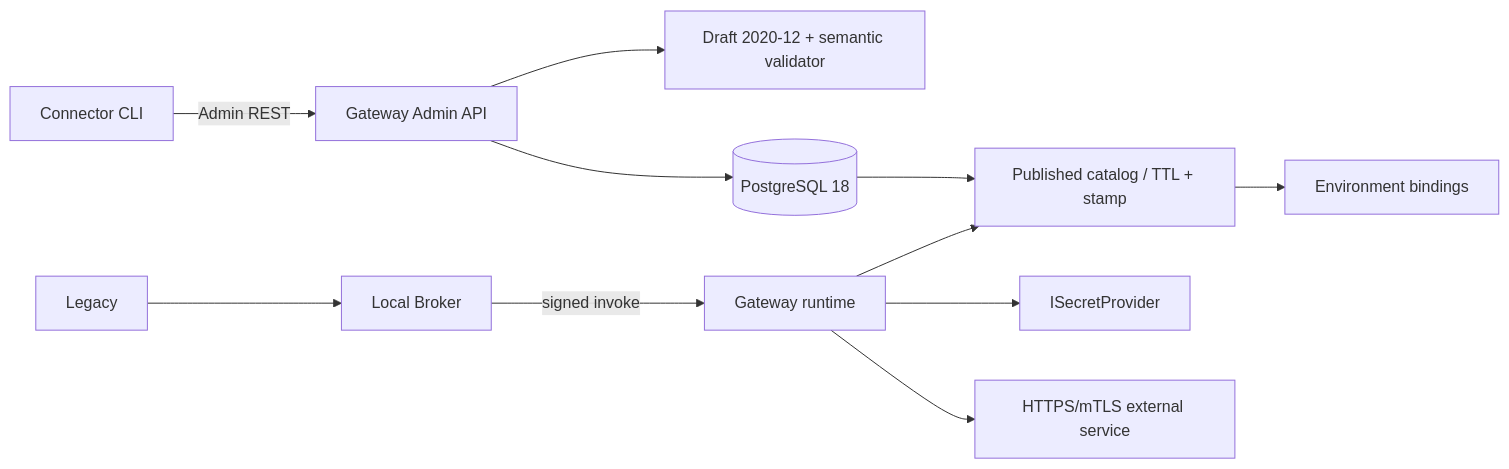
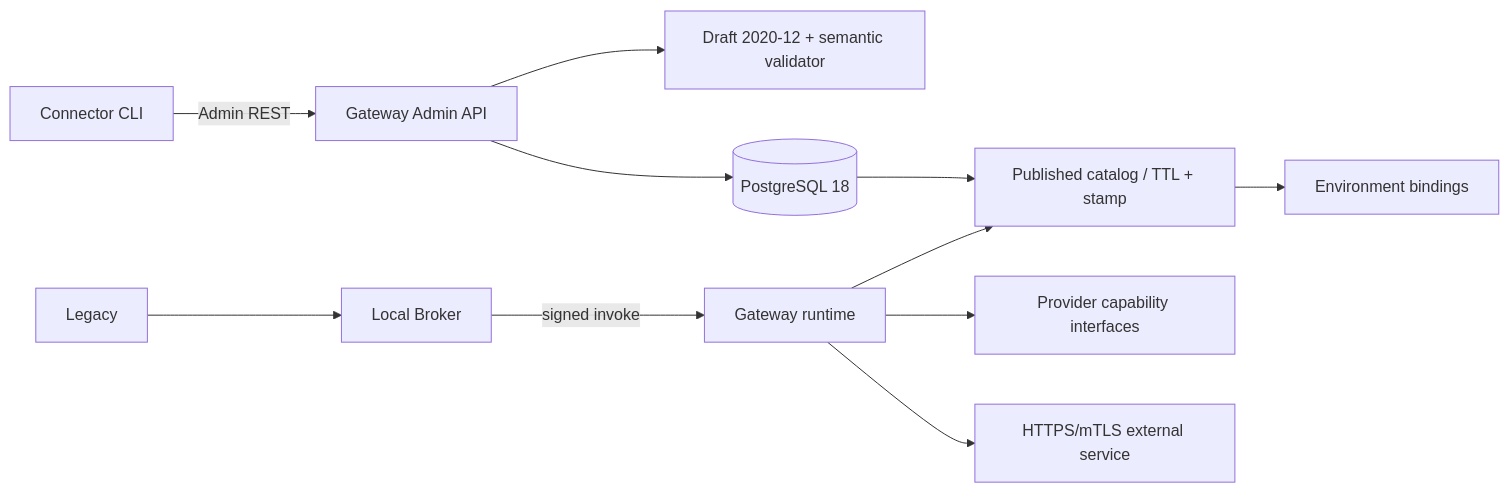
Before and after one commit to marcobiz/secure-integration-platform: the diagram in docs/implementation/M4-IMPLEMENTATION-PLAN.md, drawn with Mermaid. The commit also changed other lines of this file and 52 other files, not shown here.

````diff
--- a/docs/implementation/M4-IMPLEMENTATION-PLAN.md
+++ b/docs/implementation/M4-IMPLEMENTATION-PLAN.md
@@ -11,13 +11,13 @@
 ```mermaid
 flowchart LR
   CLI[Connector CLI] -->|Admin REST| API[Gateway Admin API]
   API --> VAL[Draft 2020-12 + semantic validator]
   API --> STORE[(PostgreSQL 18)]
   STORE --> CACHE[Published catalog / TTL + stamp]
   LEG[Legacy] --> BROKER[Local Broker]
   BROKER -->|signed invoke| RUN[Gateway runtime]
   RUN --> CACHE
   CACHE --> BIND[Environment bindings]
-  RUN --> SECRETS[ISecretProvider]
+  RUN --> SECRETS[Provider capability interfaces]
   RUN --> EXT[HTTPS/mTLS external service]
 ```
````
